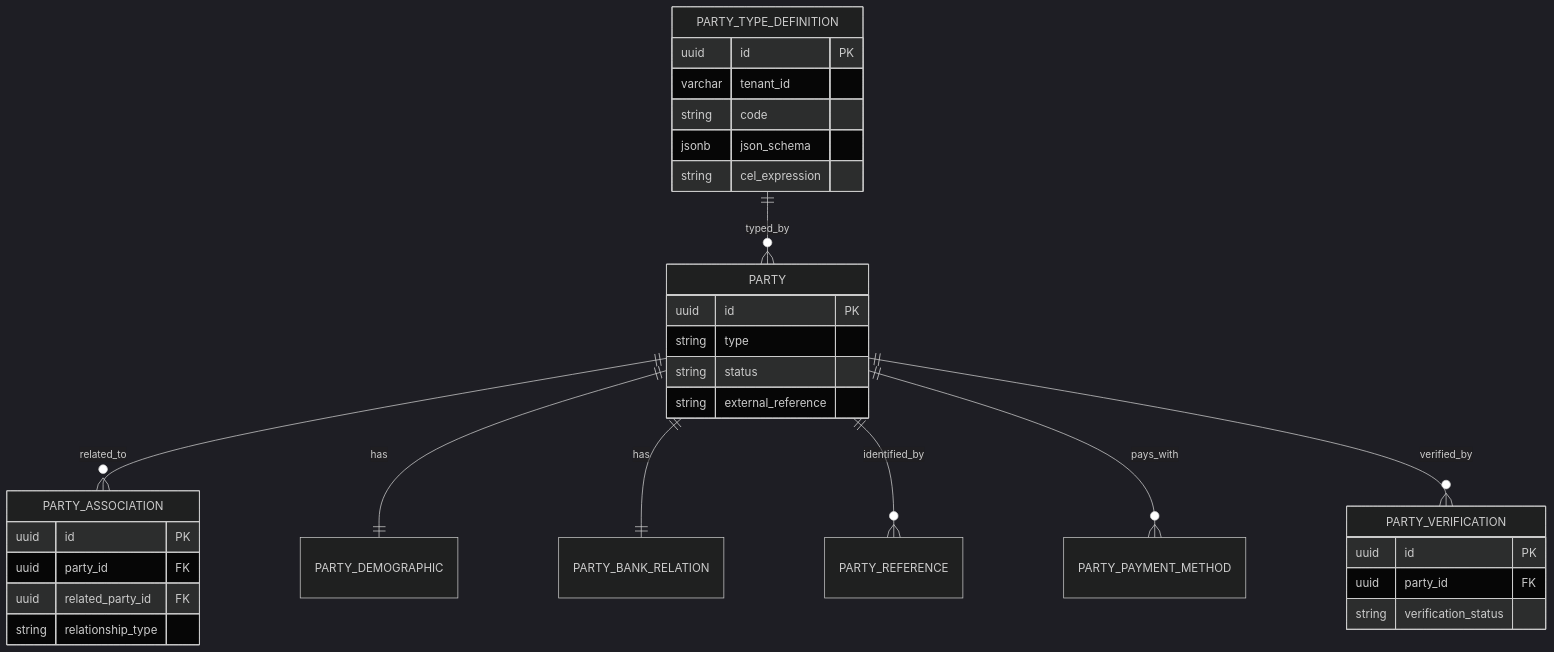
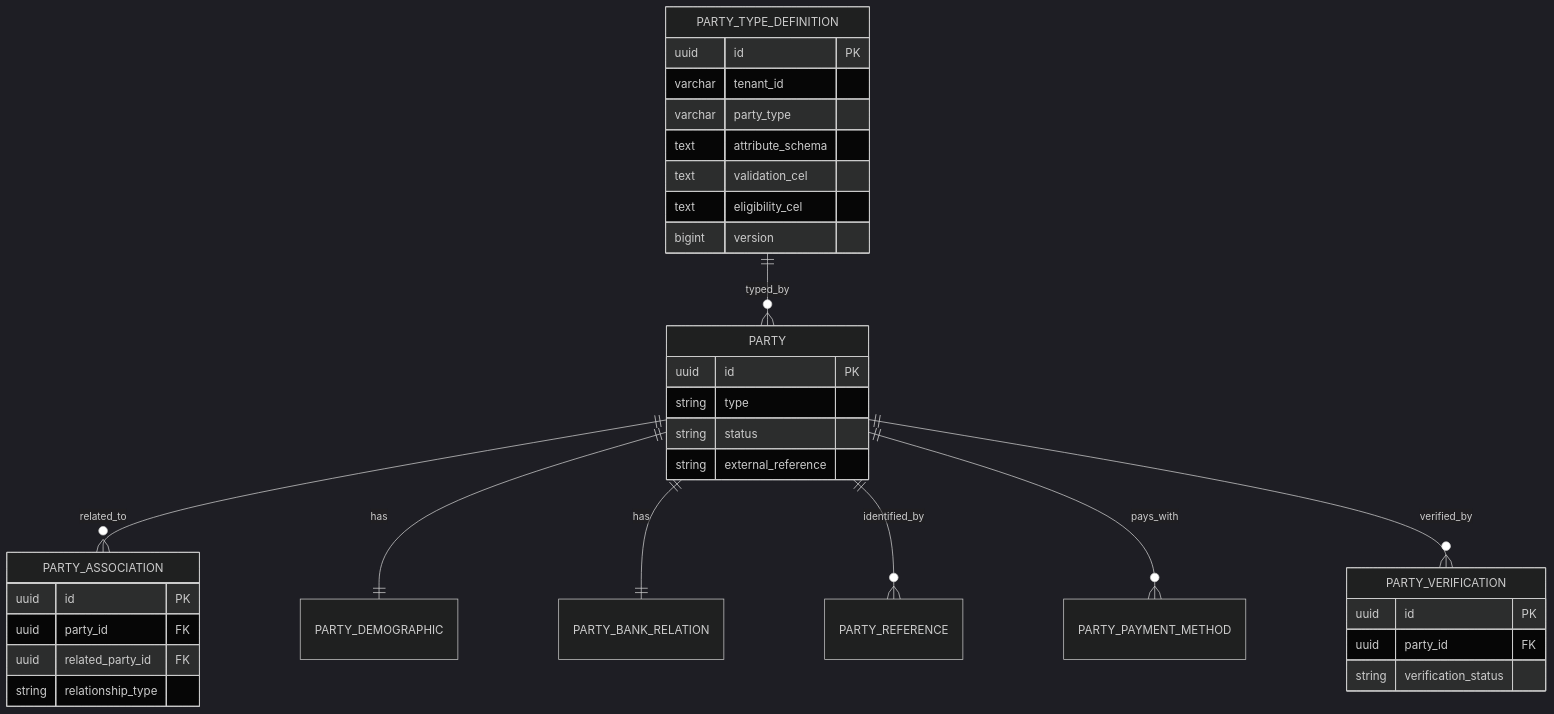
One commit to meridianhub/meridian changed the second of 13 diagrams in docs/architecture/data-model.md. Above: the diagram before and after it, drawn with Mermaid (dark theme). The commit also changed other lines of this file, not shown here.

````diff
--- a/docs/architecture/data-model.md
+++ b/docs/architecture/data-model.md
@@ -283,34 +285,36 @@
 ```mermaid
 erDiagram
     PARTY ||--o{ PARTY_ASSOCIATION : related_to
     PARTY ||--|| PARTY_DEMOGRAPHIC : has
     PARTY ||--|| PARTY_BANK_RELATION : has
     PARTY ||--o{ PARTY_REFERENCE : identified_by
     PARTY ||--o{ PARTY_PAYMENT_METHOD : pays_with
     PARTY ||--o{ PARTY_VERIFICATION : verified_by
     PARTY_TYPE_DEFINITION ||--o{ PARTY : typed_by
     PARTY {
         uuid id PK
         string type
         string status
         string external_reference
     }
     PARTY_ASSOCIATION {
         uuid id PK
         uuid party_id FK
         uuid related_party_id FK
         string relationship_type
     }
     PARTY_VERIFICATION {
         uuid id PK
         uuid party_id FK
         string verification_status
     }
     PARTY_TYPE_DEFINITION {
         uuid id PK
         varchar tenant_id
-        string code
-        jsonb json_schema
-        string cel_expression
+        varchar party_type
+        text attribute_schema
+        text validation_cel
+        text eligibility_cel
+        bigint version
     }
 ```
````
